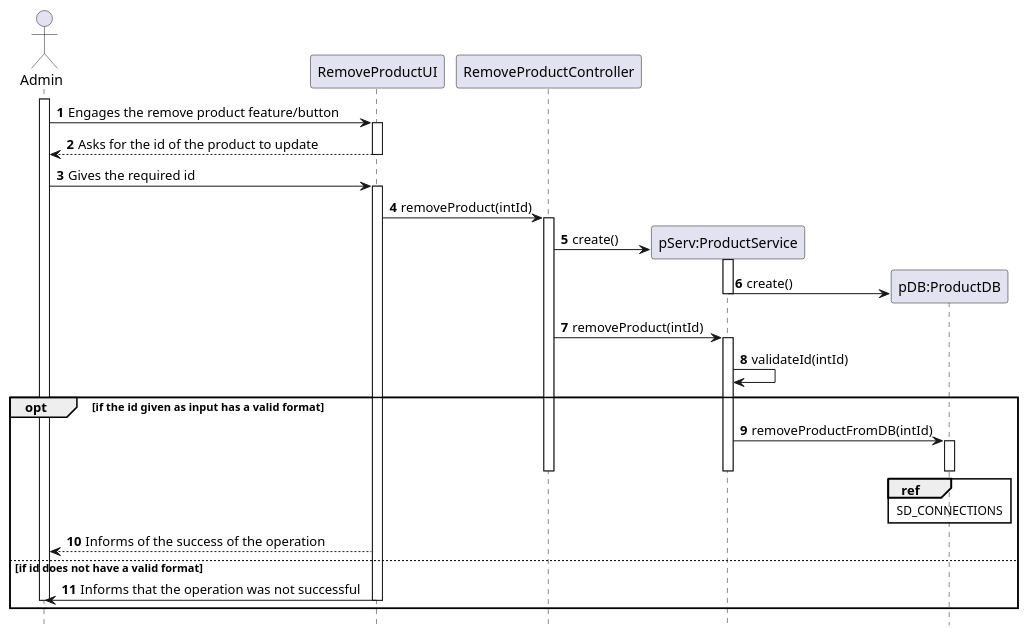
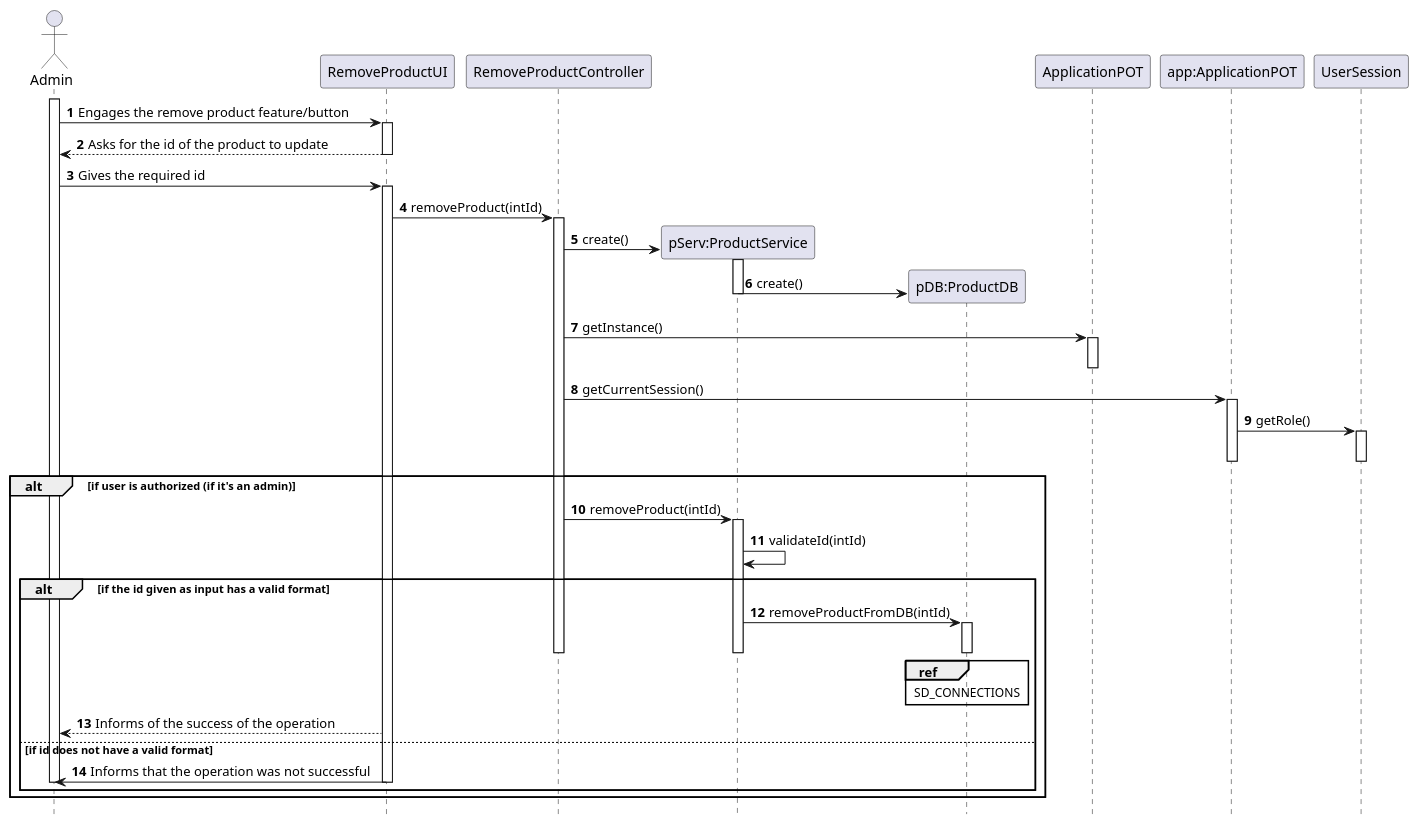
One commit to tiagoavcosta25/LAPR3 changed the diagram in docs/Iteration 2/Product Management/Refinement/US72_RemoveProduct/US72_SD.puml. Above: the diagram before and after it, drawn with PlantUML. The commit also changed 11 other files, not shown here.

```diff
--- a/docs/Iteration 2/Product Management/Refinement/US72_RemoveProduct/US72_SD.puml
+++ b/docs/Iteration 2/Product Management/Refinement/US72_RemoveProduct/US72_SD.puml
@@ -1,45 +1,59 @@
 @startuml
 autonumber
 hide footbox
 
 actor "Admin" as U
 
 participant "RemoveProductUI" as UI
 participant "RemoveProductController" as CTRL
 participant "pServ:ProductService" as SER
 participant "pDB:ProductDB" as DB
+participant "ApplicationPOT" as APP
+participant "app:ApplicationPOT" as APPP
+participant "UserSession" as US
 
 activate U
 U -> UI : Engages the remove product feature/button
 activate UI
 UI --> U : Asks for the id of the product to update
 deactivate UI
 U -> UI : Gives the required id
 activate UI
 UI -> CTRL : removeProduct(intId)
 activate CTRL
 CTRL -> SER** : create()
 activate SER
 SER -> DB** : create()
 deactivate SER
+CTRL -> APP : getInstance()
+activate APP
+deactivate APP
+CTRL -> APPP : getCurrentSession()
+activate APPP
+APPP -> US : getRole()
+activate US
+deactivate US
+deactivate APPP
+alt if user is authorized (if it's an admin)
 CTRL -> SER : removeProduct(intId)
 activate SER
 SER -> SER : validateId(intId)
-opt if the id given as input has a valid format
+alt if the id given as input has a valid format
 SER -> DB : removeProductFromDB(intId)
 activate DB
 deactivate DB
 ref over DB
 SD_CONNECTIONS
 end ref
 deactivate SER
 deactivate CTRL
 deactivate CTRL
 UI --> U : Informs of the success of the operation
 else if id does not have a valid format
 UI -> U : Informs that the operation was not successful
 deactivate UI
 deactivate U
-end opt
+end alt
+end alt
 
 @enduml
```
